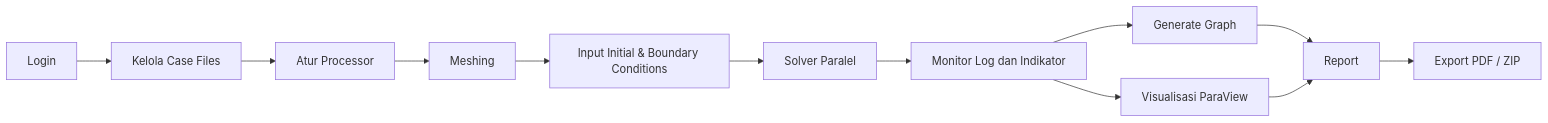
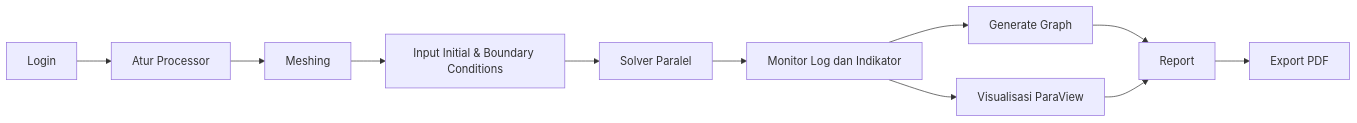
The first of 18 diagrams in DOKUMENTASI_SISTEM.md (noosabaktee/interface_onproduct), drawn with Mermaid before and after one commit. The commit also changed other lines of this file and 25 other files, not shown here.

````diff
--- a/DOKUMENTASI_SISTEM.md
+++ b/DOKUMENTASI_SISTEM.md
@@ -241,14 +239,13 @@
 ```mermaid
 flowchart LR
-    A[Login] --> B[Kelola Case Files]
-    B --> C[Atur Processor]
+    A[Login] --> C[Atur Processor]
     C --> D[Meshing]
     D --> E[Input Initial & Boundary Conditions]
     E --> F[Solver Paralel]
     F --> G[Monitor Log dan Indikator]
     G --> H[Generate Graph]
     G --> I[Visualisasi ParaView]
     H --> J[Report]
     I --> J
-    J --> K[Export PDF / ZIP]
+    J --> K[Export PDF]
 ```
````
